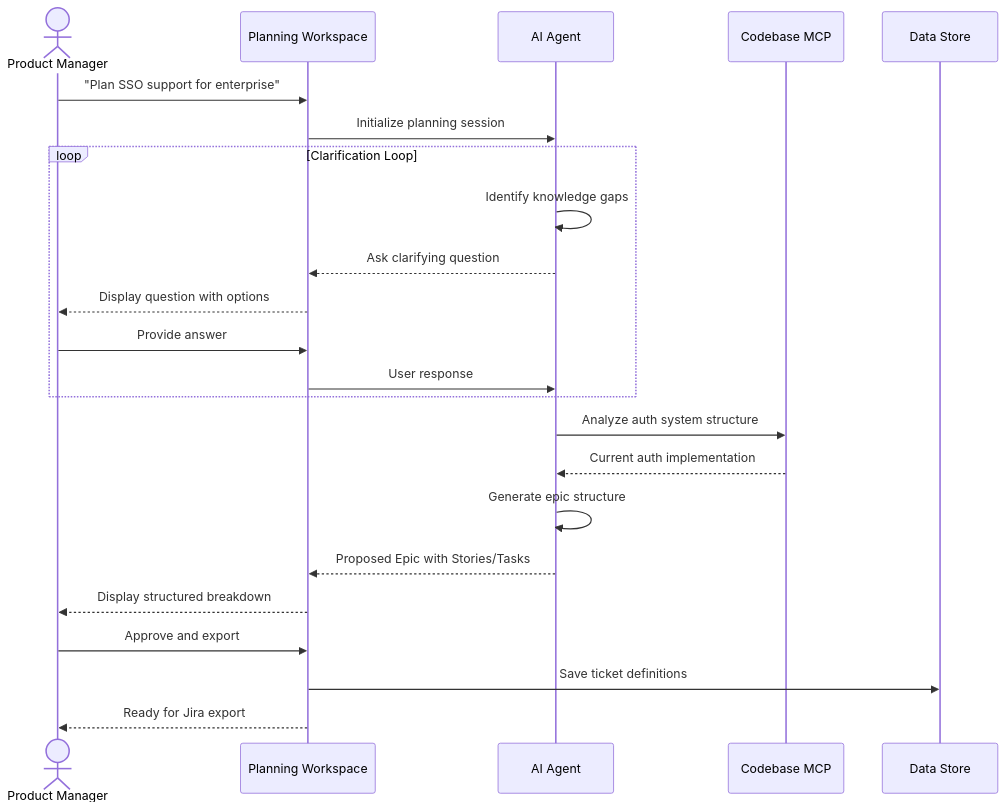
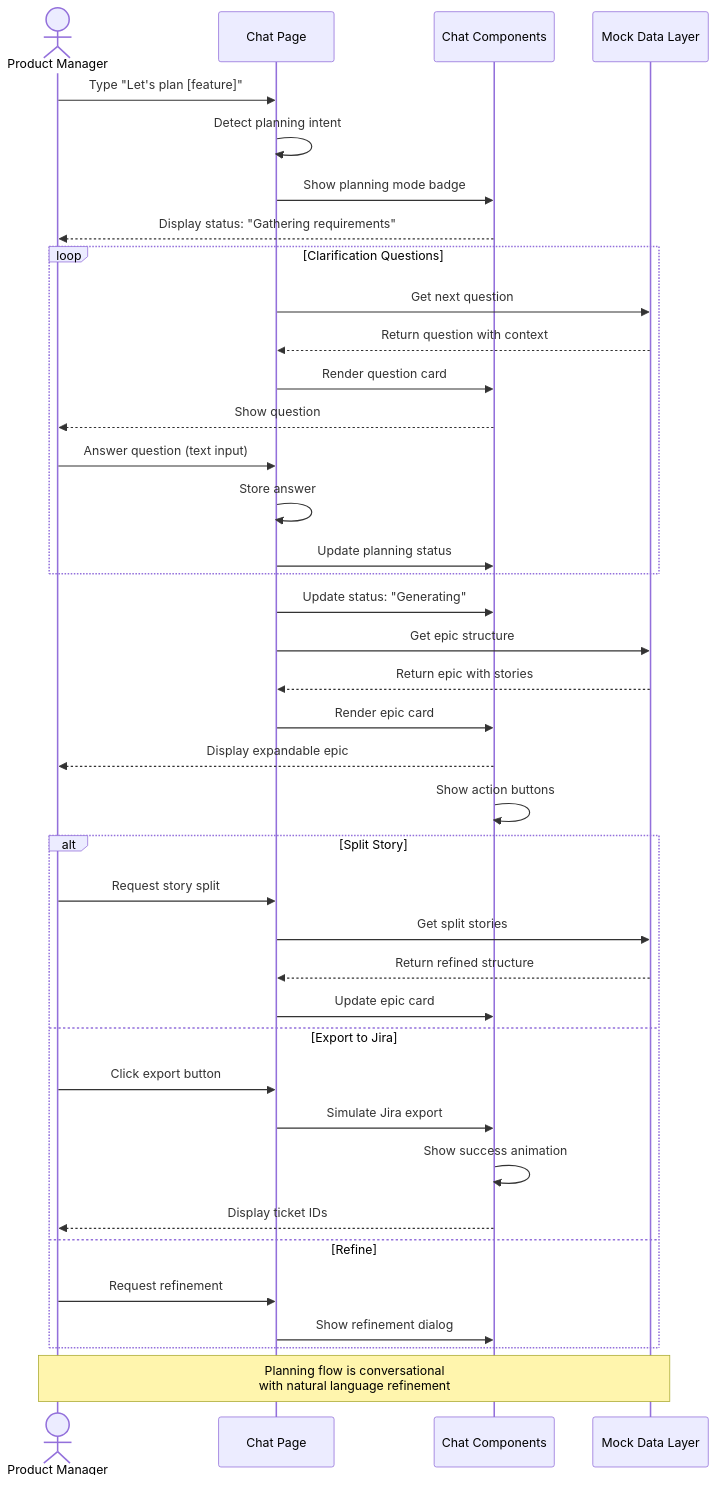
The fifth of 7 diagrams in writeup.md (sanchit-quinnox/AI4PMs), drawn with Mermaid before and after one commit. The commit also changed other lines of this file, not shown here.

First line of the commit message:
docs: update writeup to reflect current demo implementation

````diff
--- a/writeup.md
+++ b/writeup.md
@@ -582,30 +628,48 @@
 ```mermaid
 sequenceDiagram
     actor PM as Product Manager
-    participant UI as Planning Workspace
-    participant Agent as AI Agent
-    participant Code as Codebase MCP
-    participant Store as Data Store
+    participant UI as Chat Page
+    participant Components as Chat Components
+    participant Data as Mock Data Layer
 
-    PM->>UI: "Plan SSO support for enterprise"
-    UI->>Agent: Initialize planning session
+    PM->>UI: Type "Let's plan [feature]"
+    UI->>UI: Detect planning intent
+    UI->>Components: Show planning mode badge
+    Components-->>PM: Display status: "Gathering requirements"
     
-    loop Clarification Loop
-        Agent->>Agent: Identify knowledge gaps
-        Agent-->>UI: Ask clarifying question
-        UI-->>PM: Display question with options
-        PM->>UI: Provide answer
-        UI->>Agent: User response
+    loop Clarification Questions
+        UI->>Data: Get next question
+        Data-->>UI: Return question with context
+        UI->>Components: Render question card
+        Components-->>PM: Show question
+        
+        PM->>UI: Answer question (text input)
+        UI->>UI: Store answer
+        UI->>Components: Update planning status
     end
     
-    Agent->>Code: Analyze auth system structure
-    Code-->>Agent: Current auth implementation
+    UI->>Components: Update status: "Generating"
+    UI->>Data: Get epic structure
+    Data-->>UI: Return epic with stories
     
-    Agent->>Agent: Generate epic structure
-    Agent-->>UI: Proposed Epic with Stories/Tasks
-    UI-->>PM: Display structured breakdown
+    UI->>Components: Render epic card
+    Components-->>PM: Display expandable epic
+    Components->>Components: Show action buttons
     
-    PM->>UI: Approve and export
-    UI->>Store: Save ticket definitions
-    UI-->>PM: Ready for Jira export
+    alt Split Story
+        PM->>UI: Request story split
+        UI->>Data: Get split stories
+        Data-->>UI: Return refined structure
+        UI->>Components: Update epic card
+    else Export to Jira
+        PM->>UI: Click export button
+        UI->>Components: Simulate Jira export
+        Components->>Components: Show success animation
+        Components-->>PM: Display ticket IDs
+    else Refine
+        PM->>UI: Request refinement
+        UI->>Components: Show refinement dialog
+    end
+    
+    Note over PM,Data: Planning flow is conversational<br/>with natural language refinement
 ```
````
